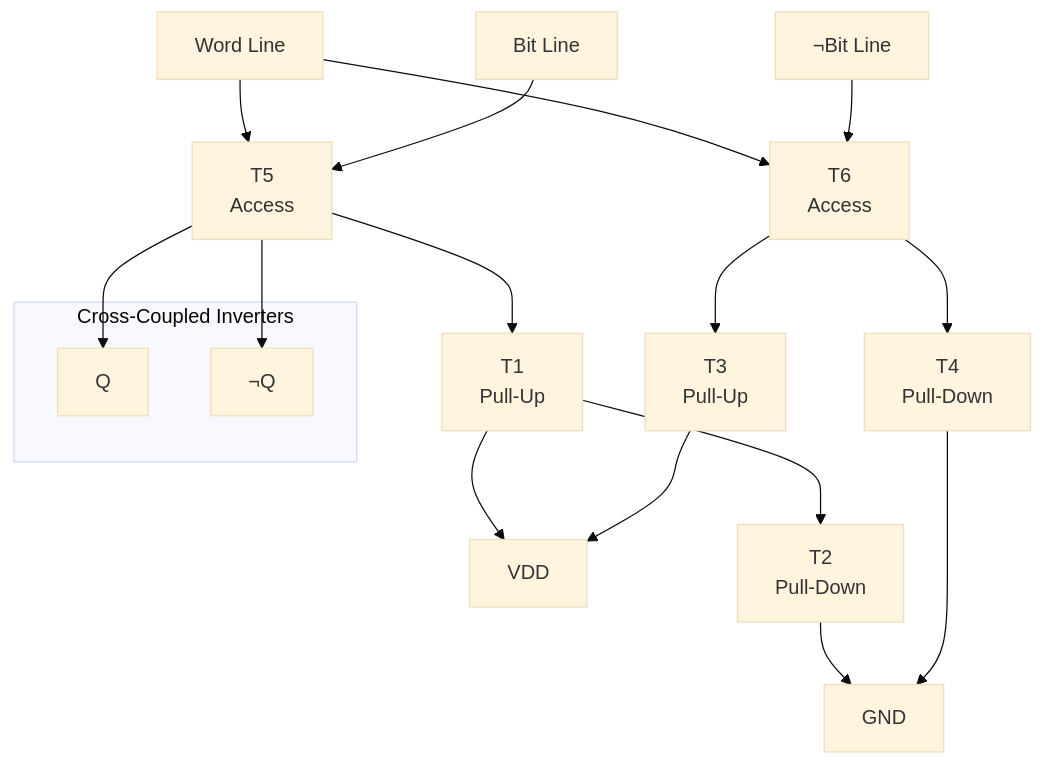
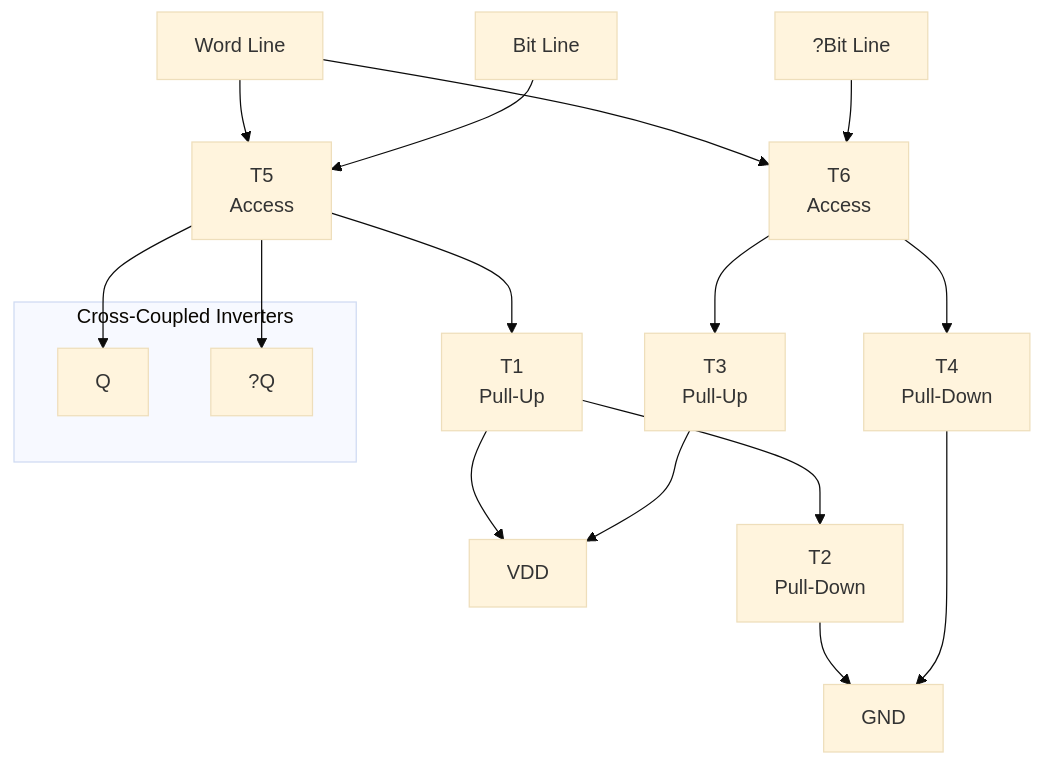
Before and after one commit to Raushan666java/ai-engineering-journey: the second of 4 diagrams in docs/courses/digital-logic/09-memory.md, drawn with Mermaid (base theme). The commit also changed other lines of this file and 790 other files, not shown here.

Commit message:
Sync all course diagram renders and content updates

````diff
--- a/docs/courses/digital-logic/09-memory.md
+++ b/docs/courses/digital-logic/09-memory.md
@@ -51,21 +51,21 @@
 ```mermaid
 graph TD
     WL[Word Line] --> M5
     WL --> M6
     BL[Bit Line] --> M5[T5<br>Access]
-    BLB[¬Bit Line] --> M6[T6<br>Access]
+    BLB[?Bit Line] --> M6[T6<br>Access]
     M5 --> Q[Q]
-    M5 --> Qb[¬Q]
+    M5 --> Qb[?Q]
     M5 --> M1[T1<br>Pull-Up]
     M1 --> VDD[VDD]
     M1 --> M2[T2<br>Pull-Down]
     M2 --> GND[GND]
     M6 --> M3[T3<br>Pull-Up]
     M6 --> M4[T4<br>Pull-Down]
     M3 --> VDD
     M4 --> GND
     subgraph Cross-Coupled Inverters
         Q
         Qb
     end
 ```
````
